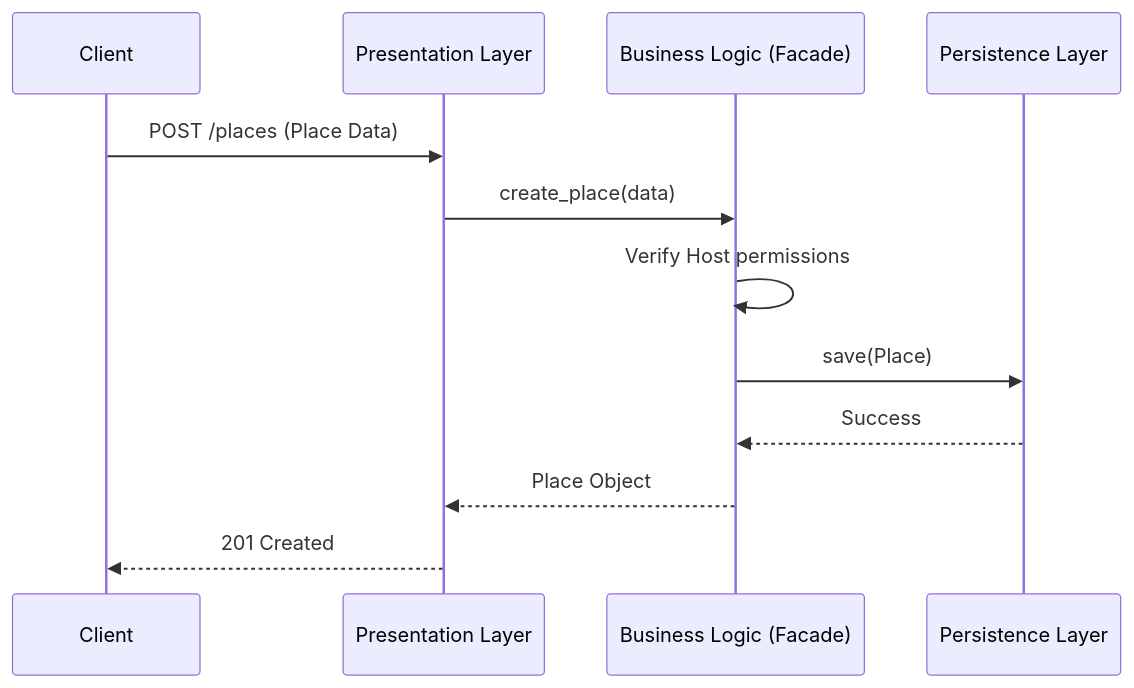
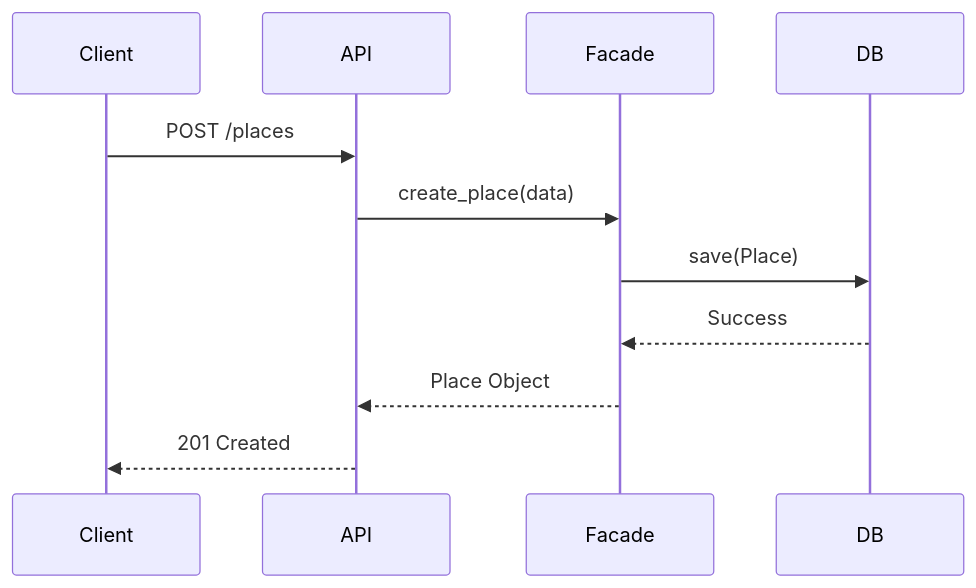
The fourth of 6 diagrams in part1/README.md (mammadovs/holbertonschool-hbnb), drawn with Mermaid before and after one commit. The commit also changed other lines of this file, not shown here.

````diff
--- a/part1/README.md
+++ b/part1/README.md
@@ -127,15 +109,13 @@
 ```mermaid
 sequenceDiagram
-    participant Client
-    participant API as Presentation Layer
-    participant Facade as Business Logic (Facade)
-    participant DB as Persistence Layer
-
-    Client->>API: POST /places (Place Data)
-    API->>Facade: create_place(data)
-    Facade->>Facade: Verify Host permissions
-    Facade->>DB: save(Place)
-    DB-->>Facade: Success
-    Facade-->>API: Place Object
-    API-->>Client: 201 Created
+    participant C as Client
+    participant A as API
+    participant F as Facade
+    participant D as DB
+    C->>A: POST /places
+    A->>F: create_place(data)
+    F->>D: save(Place)
+    D-->>F: Success
+    F-->>A: Place Object
+    A-->>C: 201 Created
 ```
````
